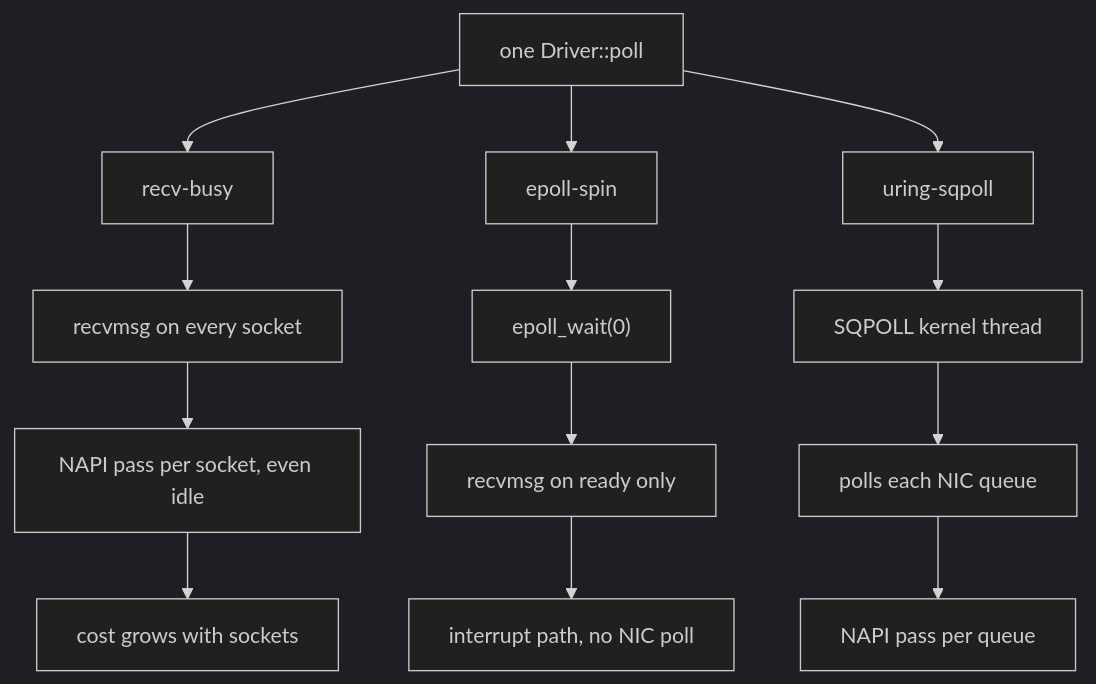
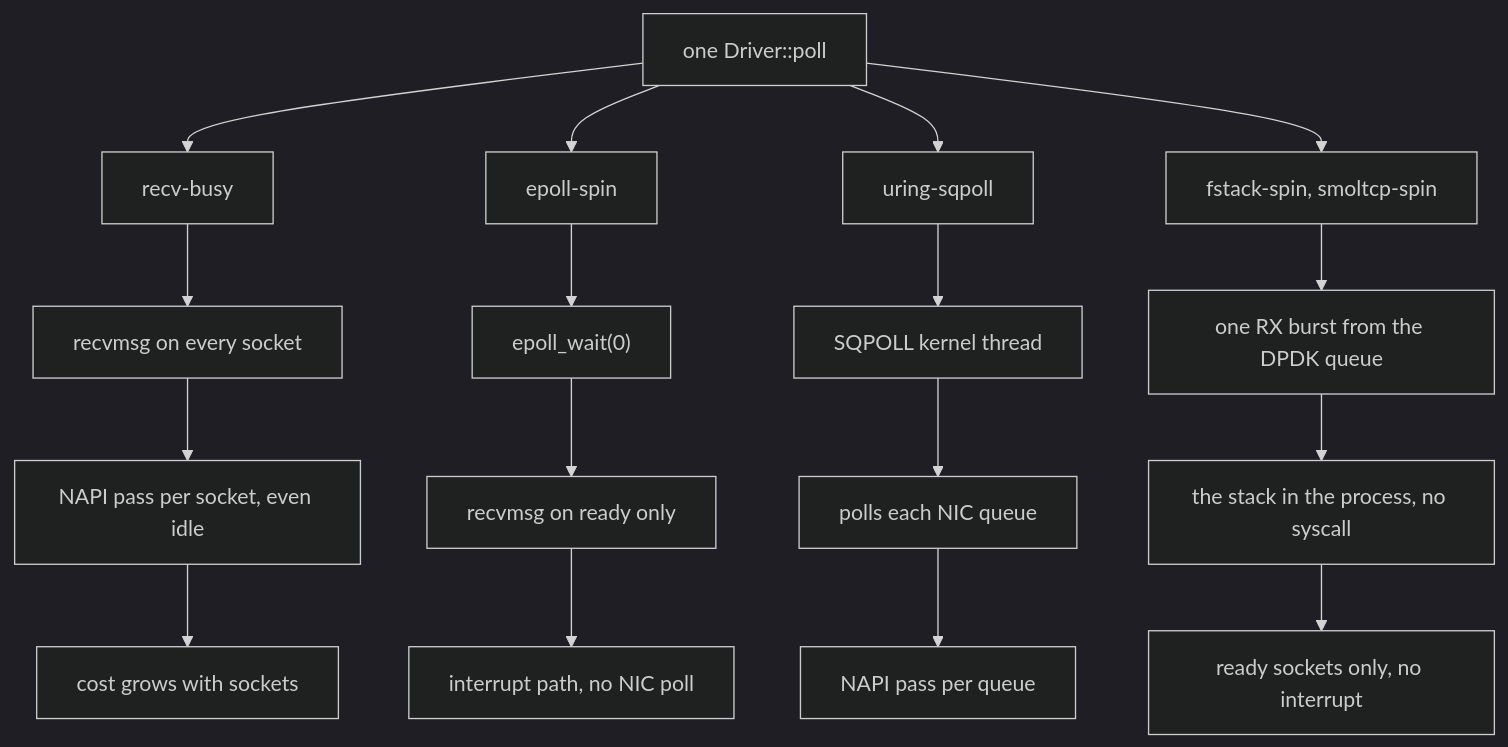
The diagram in book/src/io/backends.md (mimran1980/ergon), drawn with Mermaid (dark theme) before and after one commit. The commit also changed other lines of this file and 3117 other files, not shown here.

````diff
--- a/book/src/io/backends.md
+++ b/book/src/io/backends.md
@@ -491,19 +492,24 @@
 ```mermaid
 flowchart TD
     P["one Driver::poll"]
     P --> RB["recv-busy"]
     P --> ES["epoll-spin"]
     P --> SQ["uring-sqpoll"]
 
     RB --> RB1["recvmsg on every socket"]
     RB1 --> RB2["NAPI pass per socket, even idle"]
     RB2 --> RB3["cost grows with sockets"]
 
     ES --> ES1["epoll_wait(0)"]
     ES1 --> ES2["recvmsg on ready only"]
     ES2 --> ES3["interrupt path, no NIC poll"]
 
     SQ --> SQ1["SQPOLL kernel thread"]
     SQ1 --> SQ2["polls each NIC queue"]
     SQ2 --> SQ3["NAPI pass per queue"]
+
+    P --> DP["fstack-spin, smoltcp-spin"]
+    DP --> DP1["one RX burst from the DPDK queue"]
+    DP1 --> DP2["the stack in the process, no syscall"]
+    DP2 --> DP3["ready sockets only, no interrupt"]
 ```
````
